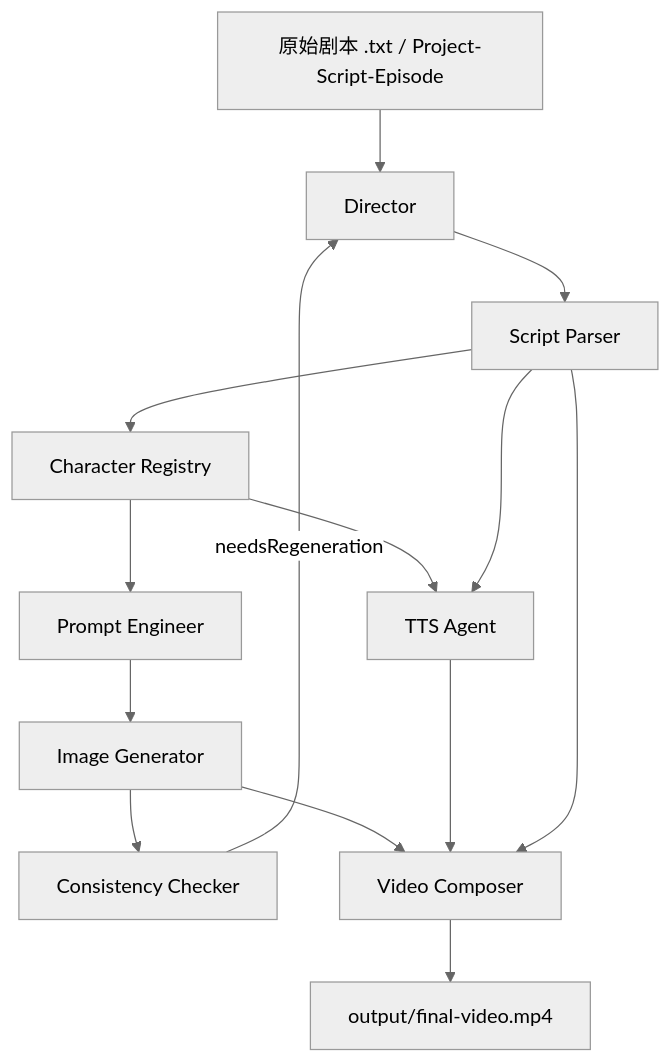
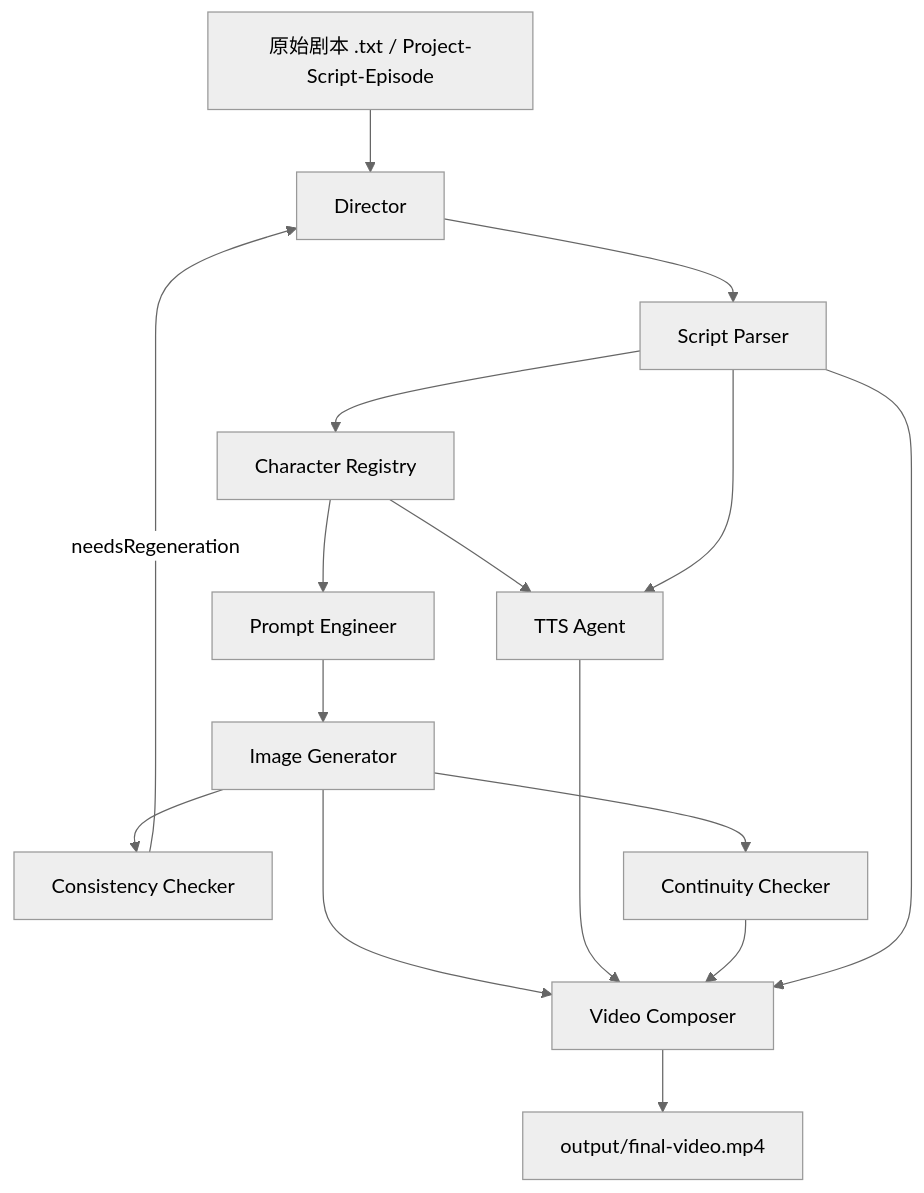
Before and after one commit to OliverPanda/AI-video-factory-pro: the diagram in docs/agents/agent-io-map.md, drawn with Mermaid (neutral theme). The commit also changed other lines of this file and 40 other files, not shown here.

````diff
--- a/docs/agents/agent-io-map.md
+++ b/docs/agents/agent-io-map.md
@@ -10,16 +10,18 @@
 ```mermaid
 flowchart TD
     A[原始剧本 .txt / Project-Script-Episode] --> B[Director]
     B --> C[Script Parser]
     C --> D[Character Registry]
     D --> E[Prompt Engineer]
     E --> F[Image Generator]
     F --> G[Consistency Checker]
     G -->|needsRegeneration| B
+    F --> K[Continuity Checker]
     D --> H[TTS Agent]
     C --> H
     F --> I[Video Composer]
     H --> I
+    K --> I
     C --> I
     I --> J[output/final-video.mp4]
 ```
````
